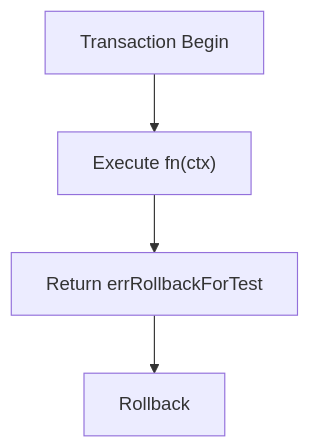
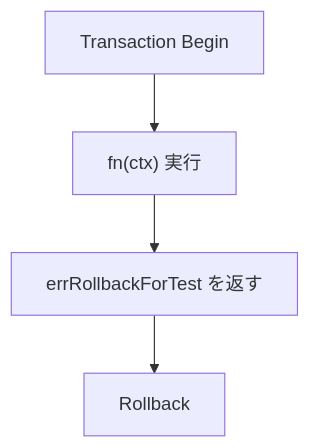
One commit to Tomy-ch/go-boilerplate changed the third of 8 diagrams in internal/infrastructure/rdb/testkit/README.md. Above: the diagram before and after it, drawn with Mermaid. The commit also changed other lines of this file and 970 other files, not shown here.

````diff
--- a/internal/infrastructure/rdb/testkit/README.md
+++ b/internal/infrastructure/rdb/testkit/README.md
@@ -108,9 +108,9 @@
 ```mermaid
 flowchart TD
     A[Transaction Begin]
-    B["Execute fn(ctx)"]
-    C[Return errRollbackForTest]
+    B["fn(ctx) 実行"]
+    C[errRollbackForTest を返す]
     D[Rollback]
 
     A --> B --> C --> D
 ```
````
